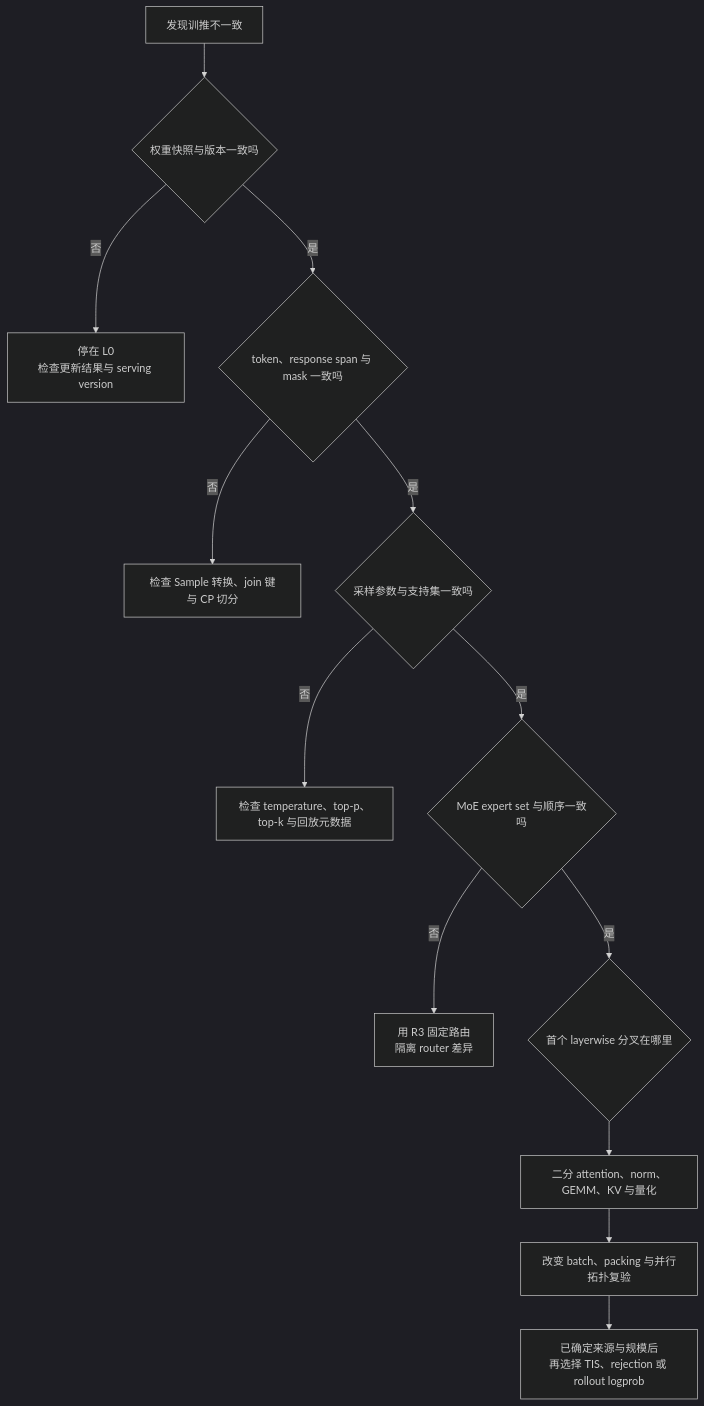
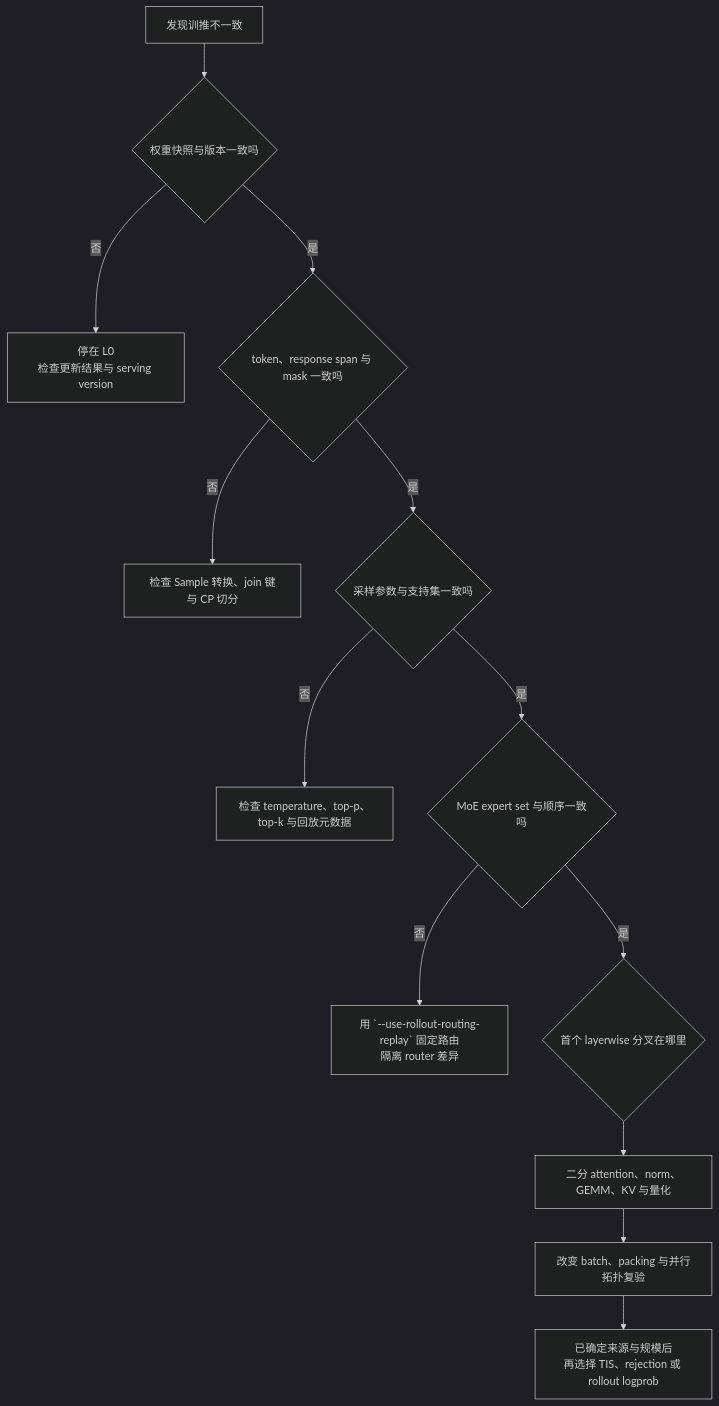
One commit to suhaibo666/llm-knowledge changed the fifth of 5 diagrams in wiki/02_engineering/04_posttrain_frameworks/slime/17_slime_train_inference_consistency_analysis.md. Above: the diagram before and after it, drawn with Mermaid (dark theme). The commit also changed other lines of this file and 27 other files, not shown here.

````diff
--- a/wiki/02_engineering/04_posttrain_frameworks/slime/17_slime_train_inference_consistency_analysis.md
+++ b/wiki/02_engineering/04_posttrain_frameworks/slime/17_slime_train_inference_consistency_analysis.md
@@ -209,15 +333,15 @@
 ```mermaid
 flowchart TD
     A["发现训推不一致"] --> W{"权重快照与版本一致吗"}
     W -->|否| W0["停在 L0<br/>检查更新结果与 serving version"]
     W -->|是| I{"token、response span 与 mask 一致吗"}
     I -->|否| I0["检查 Sample 转换、join 键与 CP 切分"]
     I -->|是| S{"采样参数与支持集一致吗"}
     S -->|否| S0["检查 temperature、top-p、top-k 与回放元数据"]
     S -->|是| R{"MoE expert set 与顺序一致吗"}
-    R -->|否| R0["用 R3 固定路由<br/>隔离 router 差异"]
+    R -->|否| R0["用 `--use-rollout-routing-replay` 固定路由<br/>隔离 router 差异"]
     R -->|是| K{"首个 layerwise 分叉在哪里"}
     K --> K0["二分 attention、norm、GEMM、KV 与量化"]
     K0 --> P["改变 batch、packing 与并行拓扑复验"]
     P --> C["已确定来源与规模后<br/>再选择 TIS、rejection 或 rollout logprob"]
 ```
````
